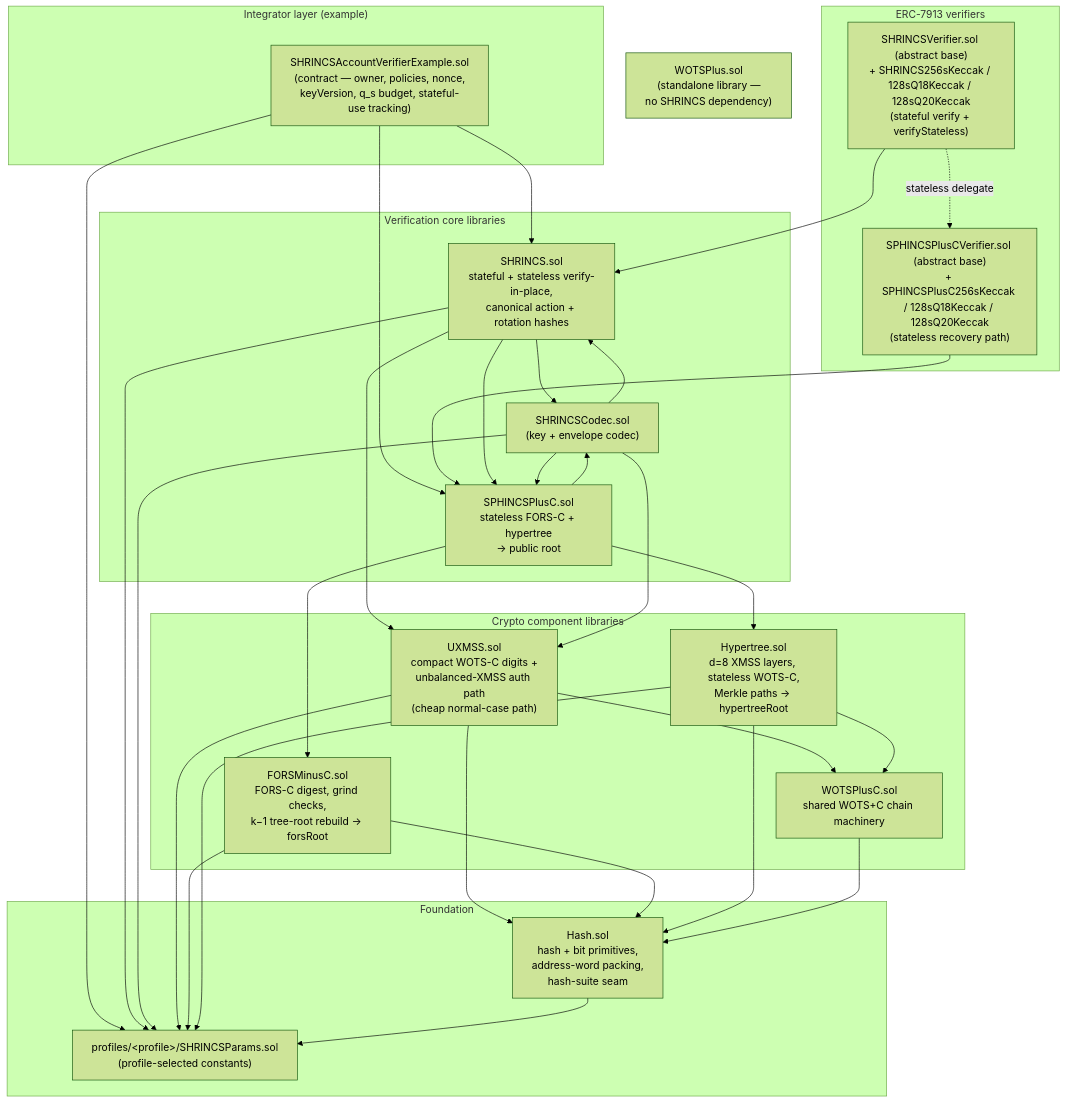
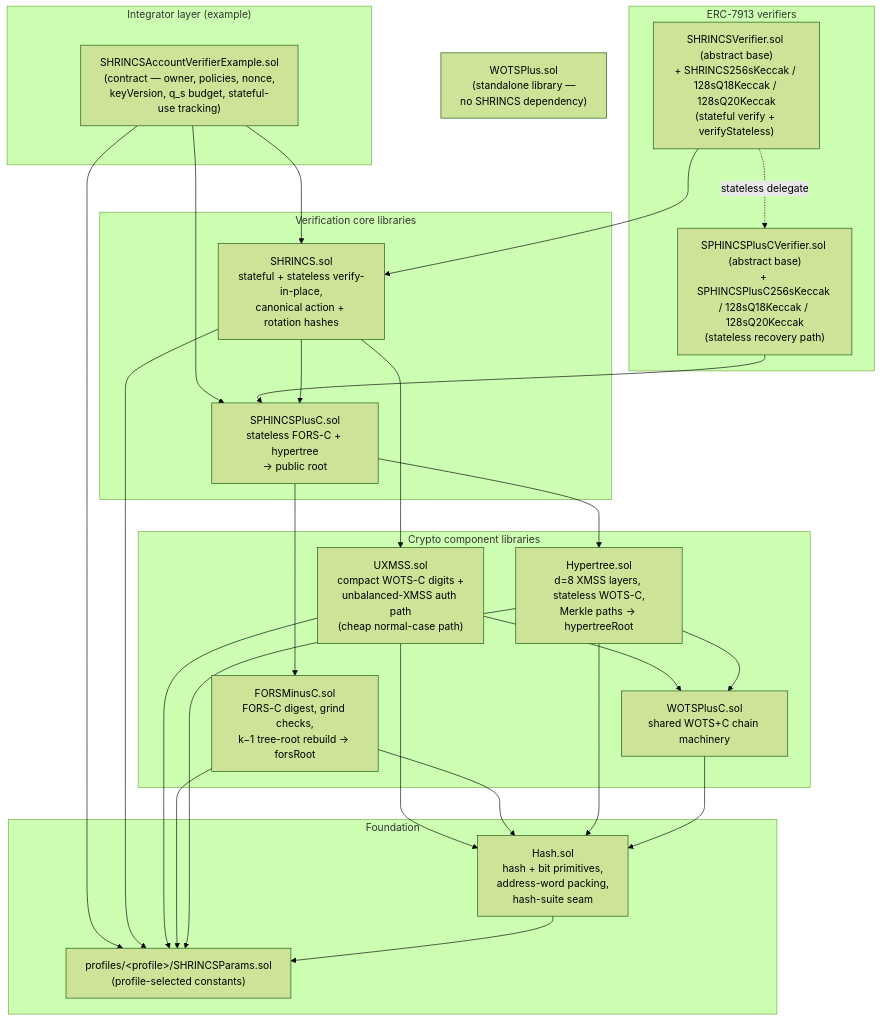
The first of 2 diagrams in README.md (QuipNetwork/hashsigs-solidity), drawn with Mermaid (forest theme) before and after one commit. The commit also changed other lines of this file, not shown here.

First line of the commit message:
Sweep stale SHRINCSCodec references in README

````diff
--- a/README.md
+++ b/README.md
@@ -146,59 +144,52 @@
 ```mermaid
 graph TD
     subgraph "Integrator layer (example)"
         EX["SHRINCSAccountVerifierExample.sol<br/>(contract — owner, policies, nonce,<br/>keyVersion, q_s budget, stateful-use tracking)"]
     end
 
     subgraph "ERC-7913 verifiers"
         VF["SHRINCSVerifier.sol (abstract base)<br/>+ SHRINCS256sKeccak / 128sQ18Keccak / 128sQ20Keccak<br/>(stateful verify + verifyStateless)"]
         SP["SPHINCSPlusCVerifier.sol (abstract base)<br/>+ SPHINCSPlusC256sKeccak / 128sQ18Keccak / 128sQ20Keccak<br/>(stateless recovery path)"]
     end
 
     subgraph "Verification core libraries"
         FA["SHRINCS.sol<br/>stateful + stateless verify-in-place,<br/>canonical action + rotation hashes"]
         SC["SPHINCSPlusC.sol<br/>stateless FORS-C + hypertree<br/>-> public root"]
-        CO["SHRINCSCodec.sol<br/>(key + envelope codec)"]
     end
 
     subgraph "Crypto component libraries"
         ST["UXMSS.sol<br/>compact WOTS-C digits +<br/>unbalanced-XMSS auth path<br/>(cheap normal-case path)"]
         FO["FORSMinusC.sol<br/>FORS-C digest, grind checks,<br/>k−1 tree-root rebuild -> forsRoot"]
         HY["Hypertree.sol<br/>d=8 XMSS layers, stateless WOTS-C,<br/>Merkle paths -> hypertreeRoot"]
         WC["WOTSPlusC.sol<br/>shared WOTS+C chain machinery"]
     end
 
     subgraph "Foundation"
         HH["Hash.sol<br/>hash + bit primitives,<br/>address-word packing,<br/>hash-suite seam"]
         PA["profiles/&lt;profile&gt;/SHRINCSParams.sol<br/>(profile-selected constants)"]
     end
 
     WP["WOTSPlus.sol<br/>(standalone library —<br/>no SHRINCS dependency)"]
 
     EX --> FA
     EX --> SC
     EX --> PA
     VF --> FA
     VF -. stateless delegate .-> SP
     SP --> SC
-    FA --> CO
     FA --> ST
     FA --> SC
     FA --> PA
-    CO --> FA
-    CO --> ST
-    CO --> SC
-    CO --> PA
     SC --> FO
     SC --> HY
-    SC --> CO
     ST --> WC
     ST --> HH
     ST --> PA
     FO --> HH
     FO --> PA
     HY --> WC
     HY --> HH
     HY --> PA
     WC --> HH
     HH --> PA
 ```
````
